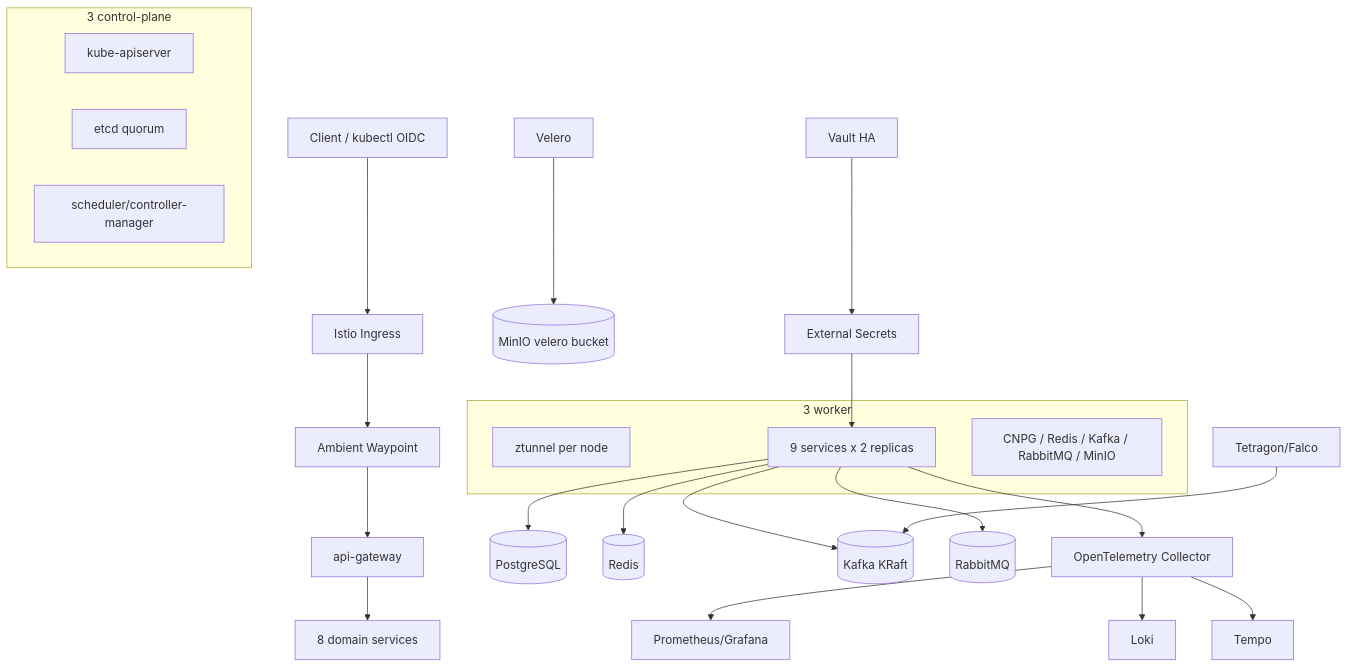
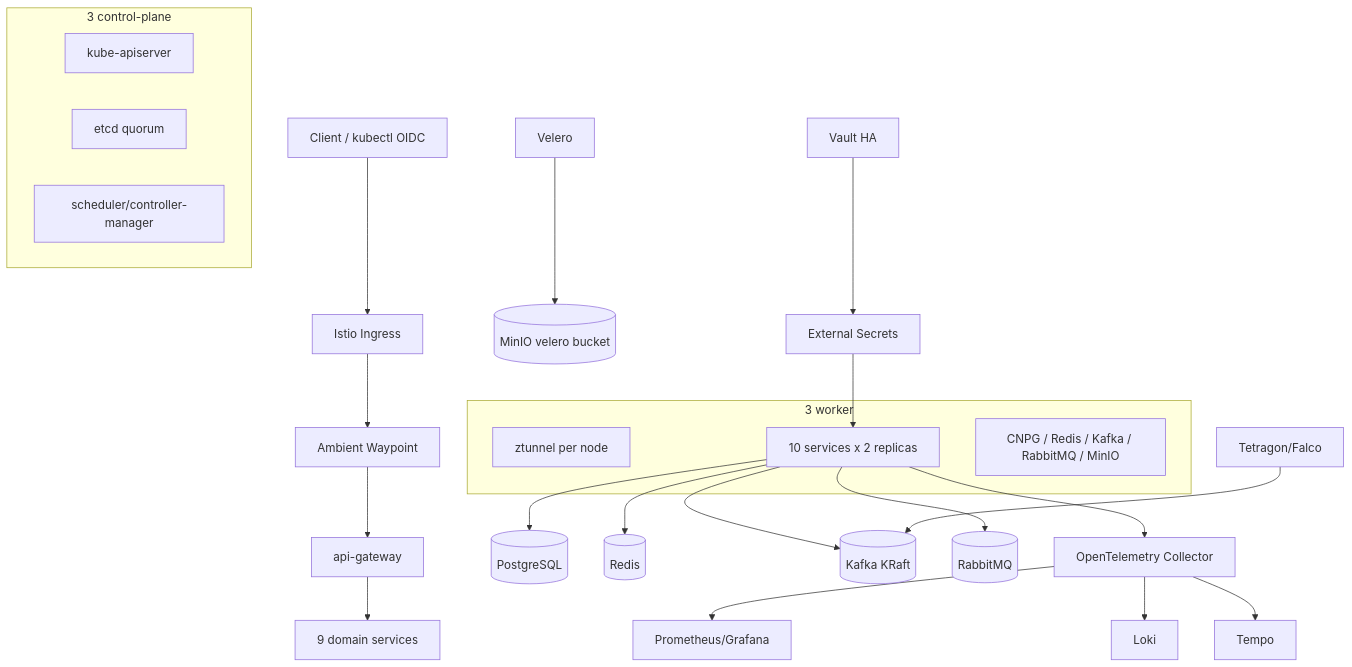
The diagram in AIMS_DEPLOYMENT_REPORT.md (tndat-dev/An-Internet-Media-Store), drawn with Mermaid before and after one commit. The commit also changed other lines of this file and 4 other files, not shown here.

````diff
--- a/AIMS_DEPLOYMENT_REPORT.md
+++ b/AIMS_DEPLOYMENT_REPORT.md
@@ -61,32 +61,32 @@
 ```mermaid
 flowchart TB
   U[Client / kubectl OIDC] --> IG[Istio Ingress]
   IG --> W[Ambient Waypoint]
   W --> GW[api-gateway]
-  GW --> MS[8 domain services]
+  GW --> MS[9 domain services]
 
   subgraph CP[3 control-plane]
     API[kube-apiserver]
     ETCD[etcd quorum]
     SCHED[scheduler/controller-manager]
   end
 
   subgraph WK[3 worker]
     ZT[ztunnel per node]
-    APP[9 services x 2 replicas]
+    APP[10 services x 2 replicas]
     DATA[CNPG / Redis / Kafka / RabbitMQ / MinIO]
   end
 
   APP --> PG[(PostgreSQL)]
   APP --> RD[(Redis)]
   APP --> KF[(Kafka KRaft)]
   APP --> RMQ[(RabbitMQ)]
   APP --> OTEL[OpenTelemetry Collector]
   OTEL --> PROM[Prometheus/Grafana]
   OTEL --> LOKI[Loki]
   OTEL --> TEMPO[Tempo]
   TET[Tetragon/Falco] --> KF
   VEL[Velero] --> MINIO[(MinIO velero bucket)]
   VAULT[Vault HA] --> ESO[External Secrets]
   ESO --> APP
 ```
````
